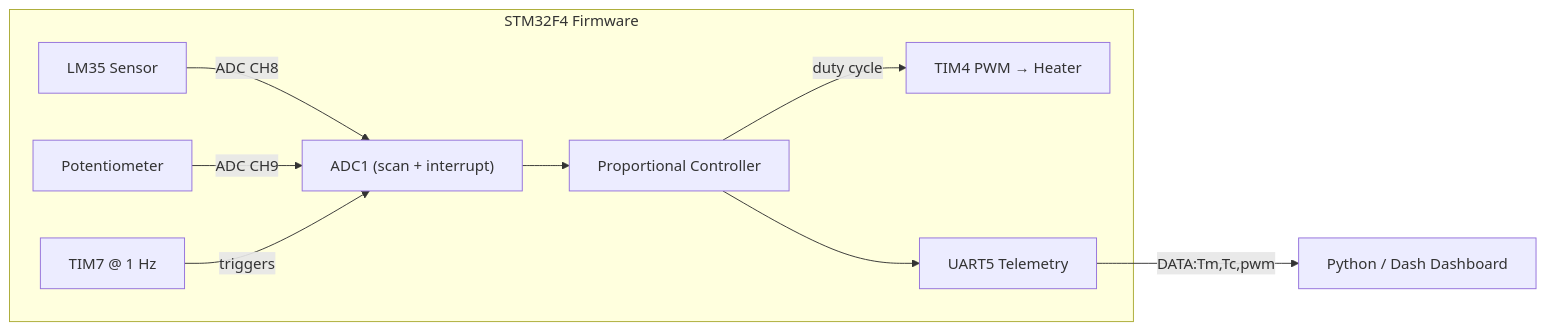
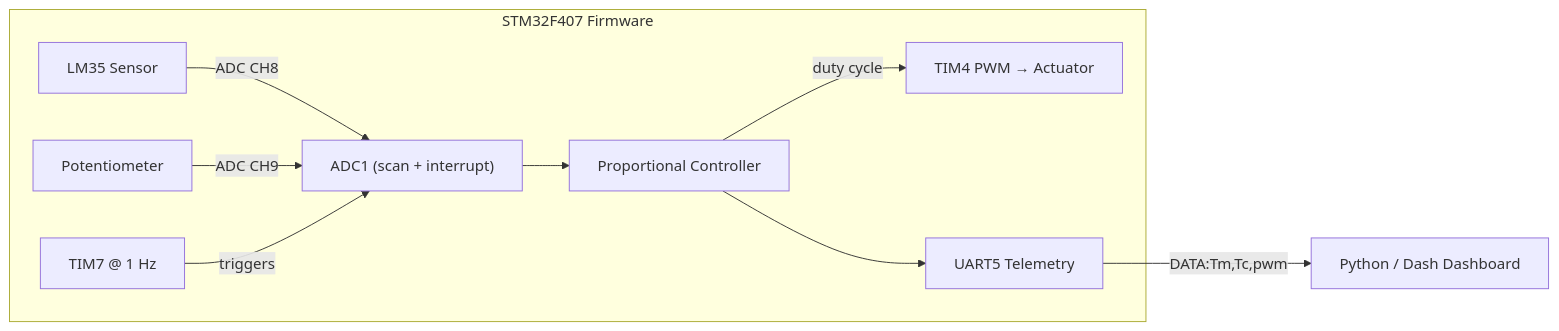
One commit to EmnaGhorbel-elec/stm32-temp-control changed the diagram in README.md. Above: the diagram before and after it, drawn with Mermaid. The commit also changed other lines of this file and 2 other files, not shown here.

````diff
--- a/README.md
+++ b/README.md
@@ -36,12 +36,12 @@
 ```mermaid
 flowchart LR
-    subgraph MCU["STM32F4 Firmware"]
+    subgraph MCU["STM32F407 Firmware"]
         LM35["LM35 Sensor"] -->|ADC CH8| ADC["ADC1 (scan + interrupt)"]
         POT["Potentiometer"] -->|ADC CH9| ADC
         ADC --> CTRL["Proportional Controller"]
-        CTRL -->|duty cycle| PWM["TIM4 PWM → Heater"]
+        CTRL -->|duty cycle| PWM["TIM4 PWM → Actuator"]
         CTRL --> TX["UART5 Telemetry"]
         TIM7["TIM7 @ 1 Hz"] -->|triggers| ADC
     end
     TX -->|"DATA:Tm,Tc,pwm"| DASH["Python / Dash Dashboard"]
 ```
````
